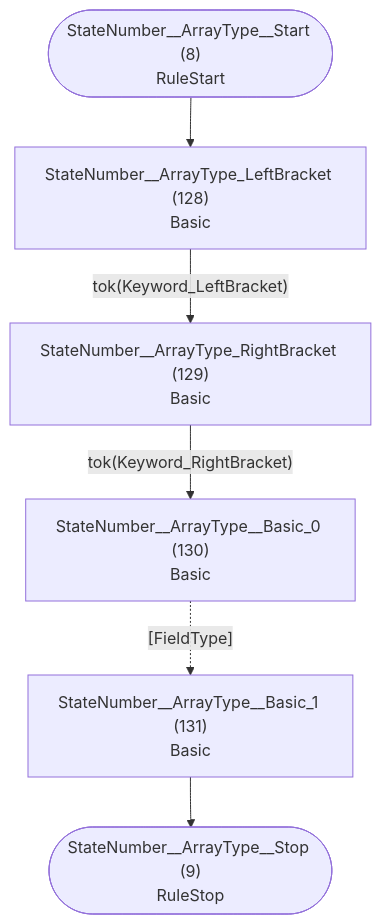
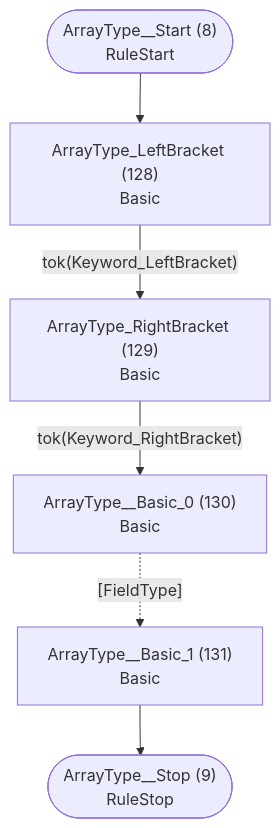
Before and after one commit to TypeFox/fastbelt: the fifth of 37 diagrams in internal/grammar/atn.md, drawn with Mermaid. The commit also changed other lines of this file and 26 other files, not shown here.

````diff
--- a/internal/grammar/atn.md
+++ b/internal/grammar/atn.md
@@ -166,15 +166,15 @@
 ```mermaid
 flowchart TD
-    q8(["StateNumber__ArrayType__Start (8)<br/>RuleStart"])
-    q9(["StateNumber__ArrayType__Stop (9)<br/>RuleStop"])
-    q128["StateNumber__ArrayType_LeftBracket (128)<br/>Basic<br/>"]
-    q129["StateNumber__ArrayType_RightBracket (129)<br/>Basic<br/>"]
-    q130["StateNumber__ArrayType__Basic_0 (130)<br/>Basic<br/>"]
-    q131["StateNumber__ArrayType__Basic_1 (131)<br/>Basic<br/>"]
+    q8(["ArrayType__Start (8)<br/>RuleStart"])
+    q9(["ArrayType__Stop (9)<br/>RuleStop"])
+    q128["ArrayType_LeftBracket (128)<br/>Basic<br/>"]
+    q129["ArrayType_RightBracket (129)<br/>Basic<br/>"]
+    q130["ArrayType__Basic_0 (130)<br/>Basic<br/>"]
+    q131["ArrayType__Basic_1 (131)<br/>Basic<br/>"]
 
     q8 --> q128
     q128 -->|"tok(Keyword_LeftBracket)"| q129
     q129 -->|"tok(Keyword_RightBracket)"| q130
     q130 -.->|"[FieldType]"| q131
     q131 --> q9
 ```
````
